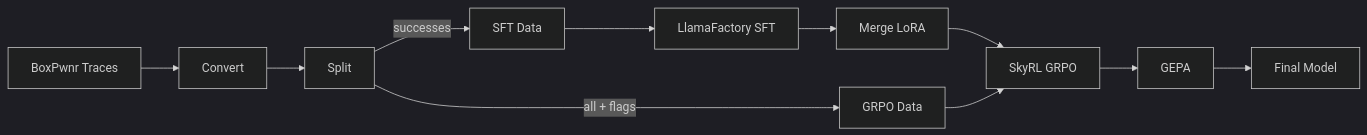
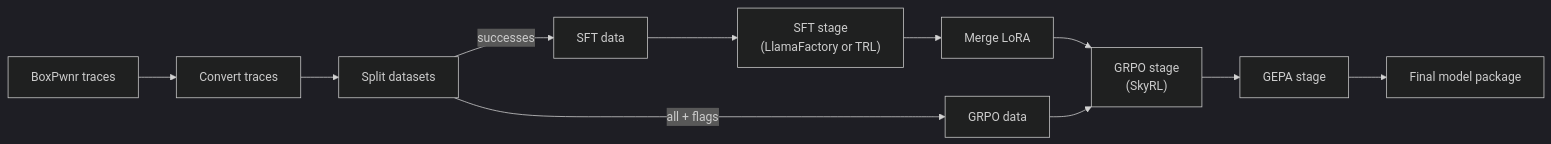
One commit to westonbrown/open-ctf-env changed the first of 2 diagrams in docs/training.md. Above: the diagram before and after it, drawn with Mermaid (dark theme). The commit also changed other lines of this file and 2 other files, not shown here.

Commit message:
refined docs;

````diff
--- a/docs/training.md
+++ b/docs/training.md
@@ -7,12 +7,12 @@
 ```mermaid
 flowchart LR
-    traces["BoxPwnr Traces"] --> convert["Convert"] --> split["Split"]
-    split -->|"successes"| sft_data["SFT Data"]
-    split -->|"all + flags"| grpo_data["GRPO Data"]
-    sft_data --> sft["LlamaFactory SFT"]
+    traces["BoxPwnr traces"] --> convert["Convert traces"] --> split["Split datasets"]
+    split -->|"successes"| sft_data["SFT data"]
+    split -->|"all + flags"| grpo_data["GRPO data"]
+    sft_data --> sft["SFT stage<br/>(LlamaFactory or TRL)"]
     sft --> merge["Merge LoRA"]
-    merge --> grpo["SkyRL GRPO"]
+    merge --> grpo["GRPO stage<br/>(SkyRL)"]
     grpo_data --> grpo
-    grpo --> gepa["GEPA"]
-    gepa --> final["Final Model"]
+    grpo --> gepa["GEPA stage"]
+    gepa --> final["Final model package"]
 ```
````
